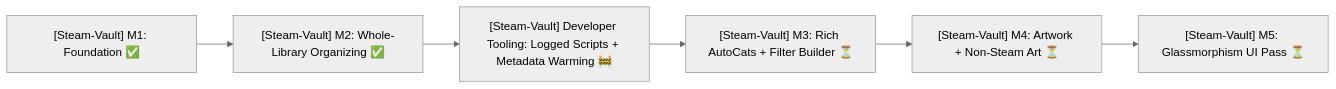
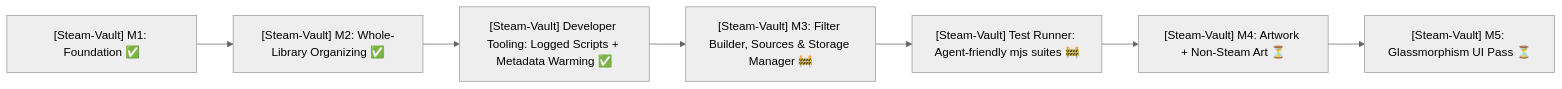
One commit to HELIX-Origin/agents changed the third of 3 diagrams in ROADMAP.md. Above: the diagram before and after it, drawn with Mermaid (neutral theme). The commit also changed other lines of this file and 3 other files, not shown here.

Commit message:
docs(tracking): record Steam-Vault M3 batch and mark it committed and pushed

````diff
--- a/ROADMAP.md
+++ b/ROADMAP.md
@@ -143,8 +143,9 @@
 ```mermaid
 flowchart LR
     M1["[Steam-Vault] M1: Foundation ✅"] --> M2["[Steam-Vault] M2: Whole-Library Organizing ✅"]
-    M2 --> M2b["[Steam-Vault] Developer Tooling: Logged Scripts + Metadata Warming 🚧"]
-    M2b --> M3["[Steam-Vault] M3: Rich AutoCats + Filter Builder ⏳"]
-    M3 --> M4["[Steam-Vault] M4: Artwork + Non-Steam Art ⏳"]
+    M2 --> M2b["[Steam-Vault] Developer Tooling: Logged Scripts + Metadata Warming ✅"]
+    M2b --> M3["[Steam-Vault] M3: Filter Builder, Sources & Storage Manager 🚧"]
+    M3 --> M3b["[Steam-Vault] Test Runner: Agent-friendly mjs suites 🚧"]
+    M3b --> M4["[Steam-Vault] M4: Artwork + Non-Steam Art ⏳"]
     M4 --> M5["[Steam-Vault] M5: Glassmorphism UI Pass ⏳"]
 ```
````
